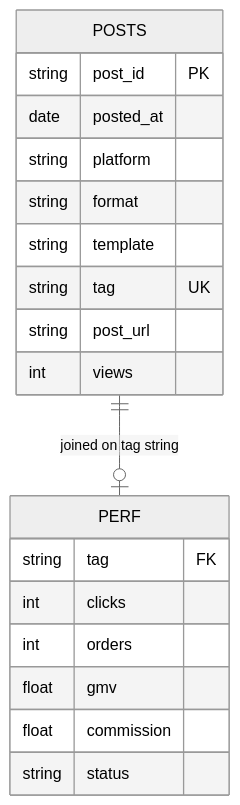
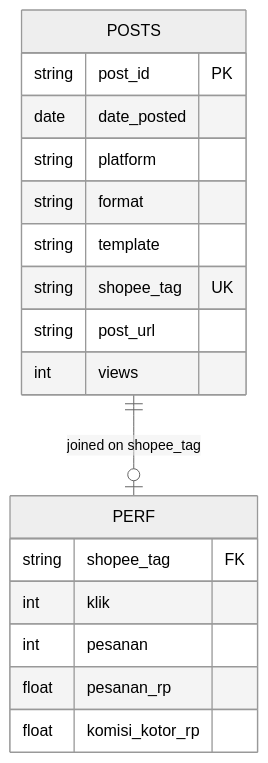
The fourth of 4 diagrams in README.md (momokii/shopee-affiliate-os), drawn with Mermaid (neutral theme) before and after one commit. The commit also changed other lines of this file and 8 other files, not shown here.

````diff
--- a/README.md
+++ b/README.md
@@ -100,22 +115,21 @@
 ```mermaid
 erDiagram
-    POSTS ||--o| PERF : "joined on tag string"
+    POSTS ||--o| PERF : "joined on shopee_tag"
     POSTS {
         string post_id PK
-        date posted_at
+        date date_posted
         string platform
         string format
         string template
-        string tag UK
+        string shopee_tag UK
         string post_url
         int views
     }
     PERF {
-        string tag FK
-        int clicks
-        int orders
-        float gmv
-        float commission
-        string status
+        string shopee_tag FK
+        int klik
+        int pesanan
+        float pesanan_rp
+        float komisi_kotor_rp
     }
 ```
````
